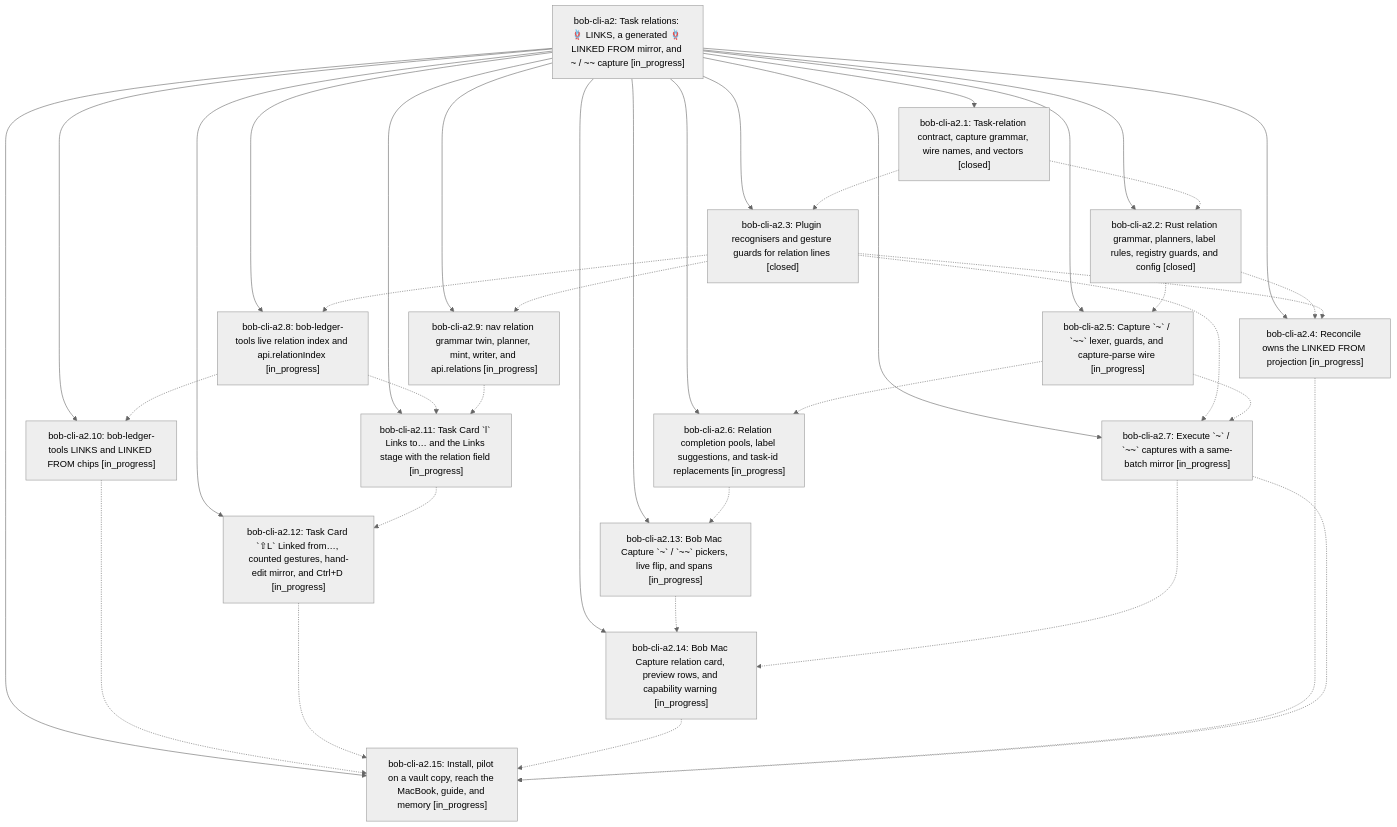
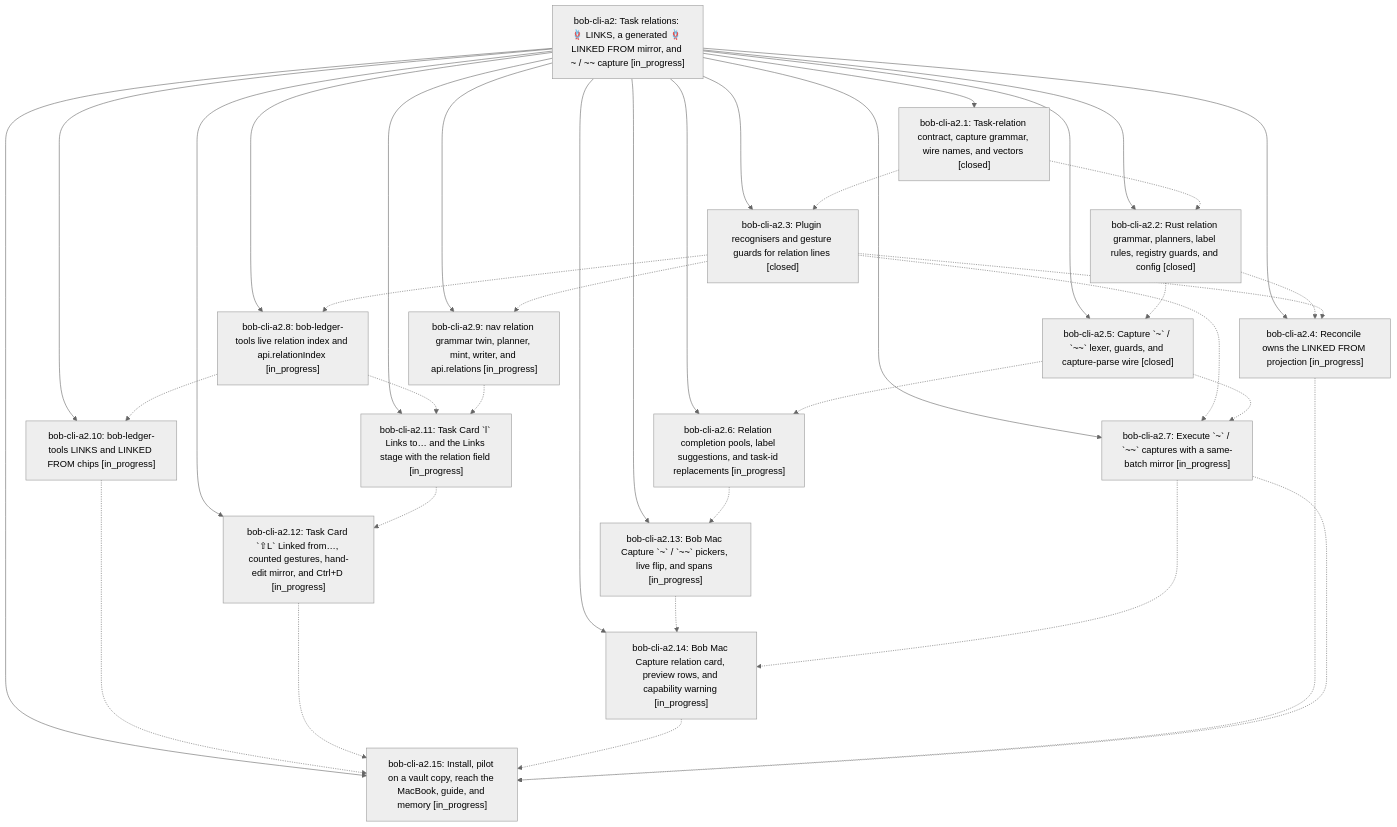
Before and after one commit to bobs-org/bob-cli--beads: the diagram in pages/bob-cli-a2/README.md, drawn with Mermaid (neutral theme). The commit also changed other lines of this file and 5 other files, not shown here.

First line of the commit message:
chore(beads): sync bead state and pages for bob-cli-a2

````diff
--- a/pages/bob-cli-a2/README.md
+++ b/pages/bob-cli-a2/README.md
@@ -48,56 +48,56 @@
 ```mermaid
 flowchart TD
     n0["bob-cli-a2: Task relations: 🪢 LINKS, a generated 🪢 LINKED FROM mirror, and ~ / ~~ capture [in_progress]"]
     n1["bob-cli-a2.1: Task-relation contract, capture grammar, wire names, and vectors [closed]"]
     n2["bob-cli-a2.10: bob-ledger-tools LINKS and LINKED FROM chips [in_progress]"]
     n3["bob-cli-a2.11: Task Card `l` Links to… and the Links stage with the relation field [in_progress]"]
     n4["bob-cli-a2.12: Task Card `⇧L` Linked from…, counted gestures, hand-edit mirror, and Ctrl+D [in_progress]"]
     n5["bob-cli-a2.13: Bob Mac Capture `~` / `~~` pickers, live flip, and spans [in_progress]"]
     n6["bob-cli-a2.14: Bob Mac Capture relation card, preview rows, and capability warning [in_progress]"]
     n7["bob-cli-a2.15: Install, pilot on a vault copy, reach the MacBook, guide, and memory [in_progress]"]
     n8["bob-cli-a2.2: Rust relation grammar, planners, label rules, registry guards, and config [closed]"]
     n9["bob-cli-a2.3: Plugin recognisers and gesture guards for relation lines [closed]"]
     n10["bob-cli-a2.4: Reconcile owns the LINKED FROM projection [in_progress]"]
-    n11["bob-cli-a2.5: Capture `~` / `~~` lexer, guards, and capture-parse wire [in_progress]"]
+    n11["bob-cli-a2.5: Capture `~` / `~~` lexer, guards, and capture-parse wire [closed]"]
     n12["bob-cli-a2.6: Relation completion pools, label suggestions, and task-id replacements [in_progress]"]
     n13["bob-cli-a2.7: Execute `~` / `~~` captures with a same-batch mirror [in_progress]"]
     n14["bob-cli-a2.8: bob-ledger-tools live relation index and api.relationIndex [in_progress]"]
     n15["bob-cli-a2.9: nav relation grammar twin, planner, mint, writer, and api.relations [in_progress]"]
     n0 --> n1
     n0 --> n2
     n0 --> n3
     n0 --> n4
     n0 --> n5
     n0 --> n6
     n0 --> n7
     n0 --> n8
     n0 --> n9
     n0 --> n10
     n0 --> n11
     n0 --> n12
     n0 --> n13
     n0 --> n14
     n0 --> n15
     n1 -.-> n8
     n1 -.-> n9
     n2 -.-> n7
     n3 -.-> n4
     n4 -.-> n7
     n5 -.-> n6
     n6 -.-> n7
     n8 -.-> n10
     n8 -.-> n11
     n9 -.-> n10
     n9 -.-> n13
     n9 -.-> n14
     n9 -.-> n15
     n10 -.-> n7
     n11 -.-> n12
     n11 -.-> n13
     n12 -.-> n5
     n13 -.-> n6
     n13 -.-> n7
     n14 -.-> n2
     n14 -.-> n3
     n15 -.-> n3
 ```
````
